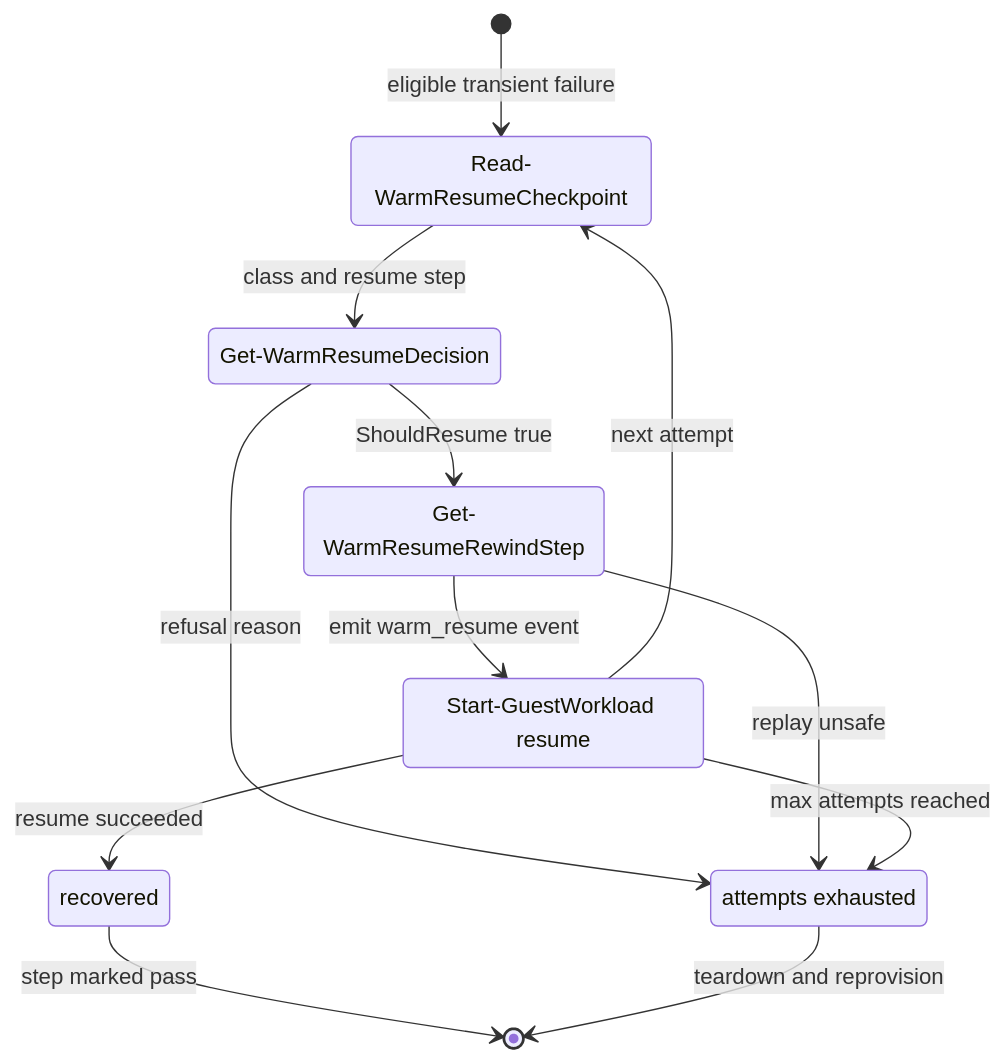
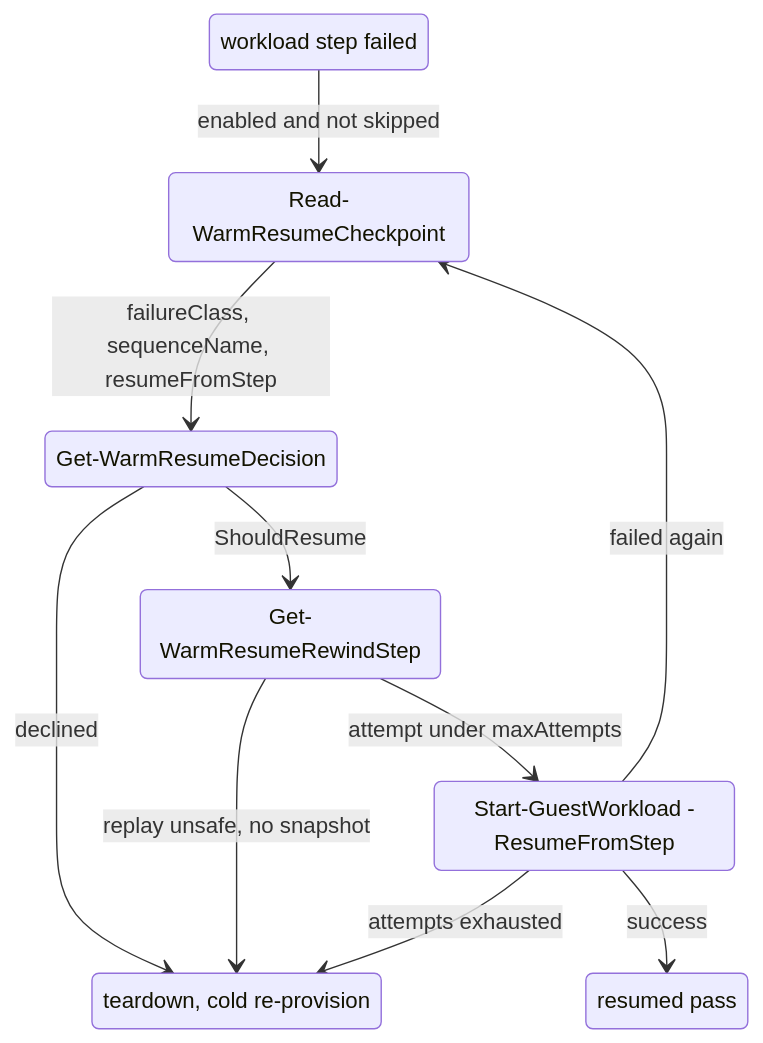
One commit to alissonsol/yuruna changed the third of 3 diagrams in docs/design/04-lifecycle-state.md. Above: the diagram before and after it, drawn with Mermaid. The commit also changed other lines of this file and 635 other files, not shown here.

````diff
--- a/docs/design/04-lifecycle-state.md
+++ b/docs/design/04-lifecycle-state.md
@@ -284,21 +353,20 @@
 ```mermaid
 stateDiagram-v2
-    %% entered only when testCycle warmResume is enabled
+    state "workload step failed" as wl_failed
     state "Read-WarmResumeCheckpoint" as checkpoint
     state "Get-WarmResumeDecision" as decision
     state "Get-WarmResumeRewindStep" as rewind
-    state "Start-GuestWorkload resume" as resume_run
-    state "recovered" as recovered
-    state "attempts exhausted" as exhausted
-    [*] --> checkpoint : eligible transient failure
-    checkpoint --> decision : class and resume step
-    decision --> rewind : ShouldResume true
-    decision --> exhausted : refusal reason
-    rewind --> resume_run : emit warm_resume event
-    rewind --> exhausted : replay unsafe
-    resume_run --> recovered : resume succeeded
-    resume_run --> checkpoint : next attempt
-    resume_run --> exhausted : max attempts reached
-    recovered --> [*] : step marked pass
-    exhausted --> [*] : teardown and reprovision
+    state "Start-GuestWorkload -ResumeFromStep" as attempt
+    state "resumed pass" as resumed
+    state "teardown, cold re-provision" as cold
+
+    wl_failed --> checkpoint : enabled and not skipped
+    checkpoint --> decision : failureClass, sequenceName, resumeFromStep
+    decision --> cold : declined
+    decision --> rewind : ShouldResume
+    rewind --> cold : replay unsafe, no snapshot
+    rewind --> attempt : attempt under maxAttempts
+    attempt --> resumed : success
+    attempt --> checkpoint : failed again
+    attempt --> cold : attempts exhausted
 ```
````
